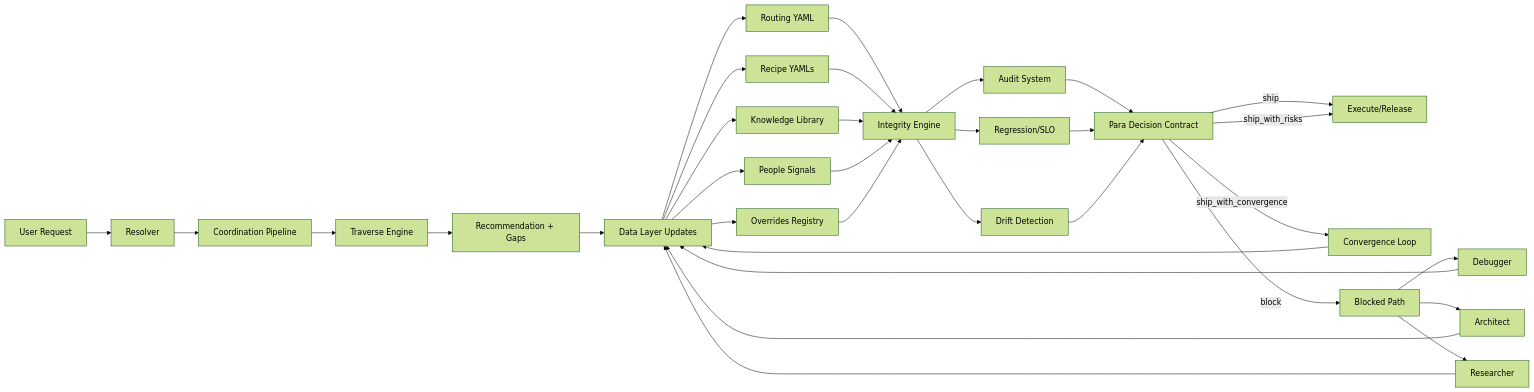
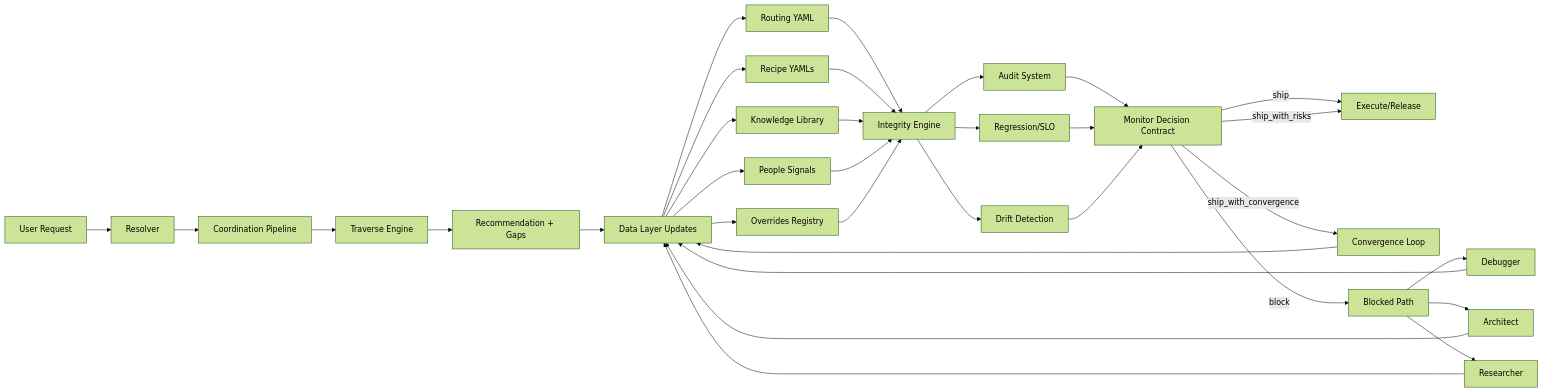
One commit to pretendhome/palette changed the first of 3 diagrams in docs/architecture/PIS_E2E_SYSTEM_GRAPH_2026-03-02.md. Above: the diagram before and after it, drawn with Mermaid (forest theme). The commit also changed other lines of this file and 57 other files, not shown here.

````diff
--- a/docs/architecture/PIS_E2E_SYSTEM_GRAPH_2026-03-02.md
+++ b/docs/architecture/PIS_E2E_SYSTEM_GRAPH_2026-03-02.md
@@ -8,41 +8,41 @@
 ```mermaid
 flowchart LR
   U[User Request] --> C[Resolver]
   C --> CO[Coordination Pipeline]
   CO --> T[Traverse Engine]
   T --> O[Recommendation + Gaps]
 
   O --> D1[Data Layer Updates]
   D1 --> R1[Routing YAML]
   D1 --> R2[Recipe YAMLs]
   D1 --> R3[Knowledge Library]
   D1 --> R4[People Signals]
   D1 --> R5[Overrides Registry]
 
   R1 --> I[Integrity Engine]
   R2 --> I
   R3 --> I
   R4 --> I
   R5 --> I
 
   I --> A[Audit System]
   I --> G[Regression/SLO]
   I --> DR[Drift Detection]
 
-  A --> P[Para Decision Contract]
+  A --> P[Monitor Decision Contract]
   G --> P
   DR --> P
 
   P -->|ship| EX[Execute/Release]
   P -->|ship_with_risks| EX
   P -->|ship_with_convergence| CV[Convergence Loop]
   P -->|block| BL[Blocked Path]
 
   CV --> D1
   BL --> RP[Debugger]
   BL --> RX[Architect]
   BL --> AR[Researcher]
   RP --> D1
   RX --> D1
   AR --> D1
 ```
````
